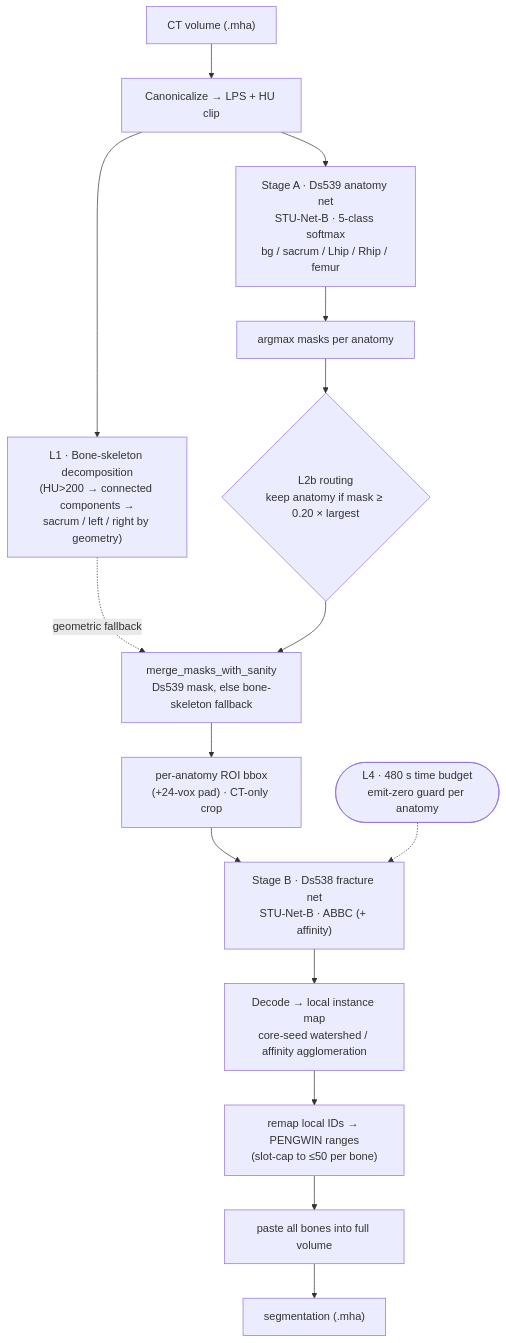
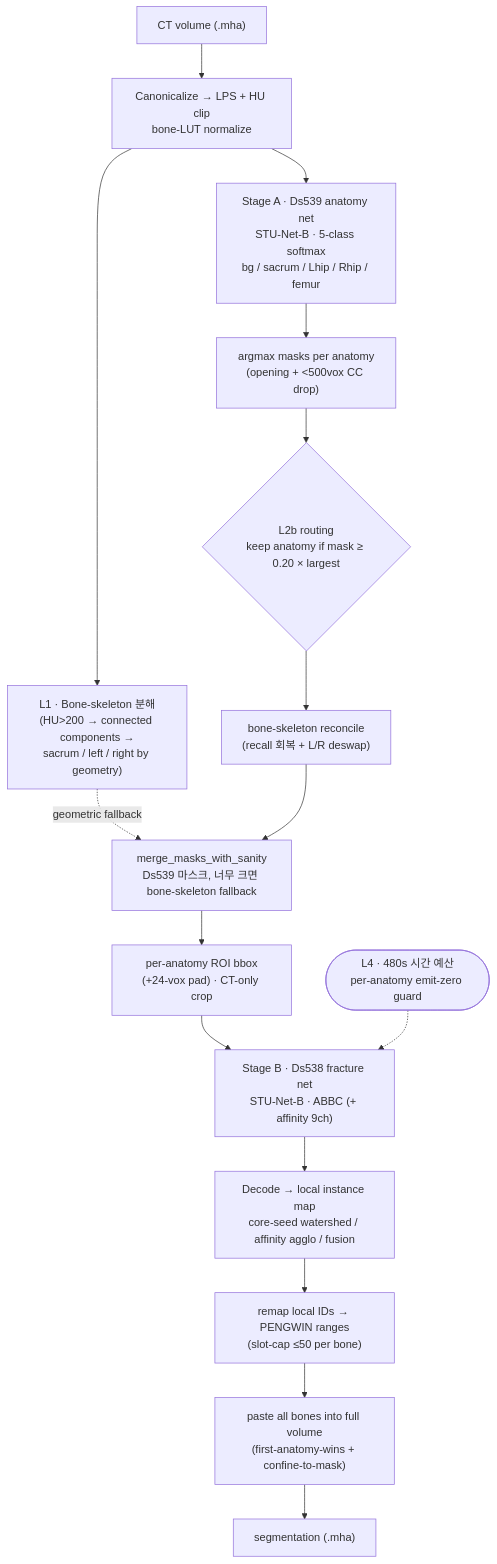
The first of 2 diagrams in README.md (RURUGURU/pengwin2026-task1-abbc), drawn with Mermaid before and after one commit. The commit also changed other lines of this file and 1 other file, not shown here.

````diff
--- a/README.md
+++ b/README.md
@@ -51,22 +146,23 @@
 ```mermaid
 flowchart TD
-    CT["CT volume (.mha)"] --> CANON["Canonicalize → LPS + HU clip"]
+    CT["CT volume (.mha)"] --> CANON["Canonicalize → LPS + HU clip<br/>bone-LUT normalize"]
 
-    CANON --> L1["L1 · Bone-skeleton decomposition<br/>(HU&gt;200 → connected components →<br/>sacrum / left / right by geometry)"]
+    CANON --> L1["L1 · Bone-skeleton 분해<br/>(HU&gt;200 → connected components →<br/>sacrum / left / right by geometry)"]
     CANON --> SA["Stage A · Ds539 anatomy net<br/>STU-Net-B · 5-class softmax<br/>bg / sacrum / Lhip / Rhip / femur"]
 
-    SA --> ARG["argmax masks per anatomy"]
+    SA --> ARG["argmax masks per anatomy<br/>(opening + &lt;500vox CC drop)"]
     ARG --> ROUTE{"L2b routing<br/>keep anatomy if mask ≥ 0.20 × largest"}
     L1 -. geometric fallback .-> MERGE
-    ROUTE --> MERGE["merge_masks_with_sanity<br/>Ds539 mask, else bone-skeleton fallback"]
+    ROUTE --> REC["bone-skeleton reconcile<br/>(recall 회복 + L/R deswap)"]
+    REC --> MERGE["merge_masks_with_sanity<br/>Ds539 마스크, 너무 크면 bone-skeleton fallback"]
 
     MERGE --> ROI["per-anatomy ROI bbox<br/>(+24-vox pad) · CT-only crop"]
-    ROI --> SB["Stage B · Ds538 fracture net<br/>STU-Net-B · ABBC (+ affinity)"]
+    ROI --> SB["Stage B · Ds538 fracture net<br/>STU-Net-B · ABBC (+ affinity 9ch)"]
 
-    SB --> DEC["Decode → local instance map<br/>core-seed watershed / affinity agglomeration"]
-    DEC --> REMAP["remap local IDs → PENGWIN ranges<br/>(slot-cap to ≤50 per bone)"]
-    REMAP --> PASTE["paste all bones into full volume"]
+    SB --> DEC["Decode → local instance map<br/>core-seed watershed / affinity agglo / fusion"]
+    DEC --> REMAP["remap local IDs → PENGWIN ranges<br/>(slot-cap ≤50 per bone)"]
+    REMAP --> PASTE["paste all bones into full volume<br/>(first-anatomy-wins + confine-to-mask)"]
     PASTE --> OUT["segmentation (.mha)"]
 
-    TB(["L4 · 480 s time budget<br/>emit-zero guard per anatomy"]) -.-> SB
+    TB(["L4 · 480s 시간 예산<br/>per-anatomy emit-zero guard"]) -.-> SB
 ```
````
